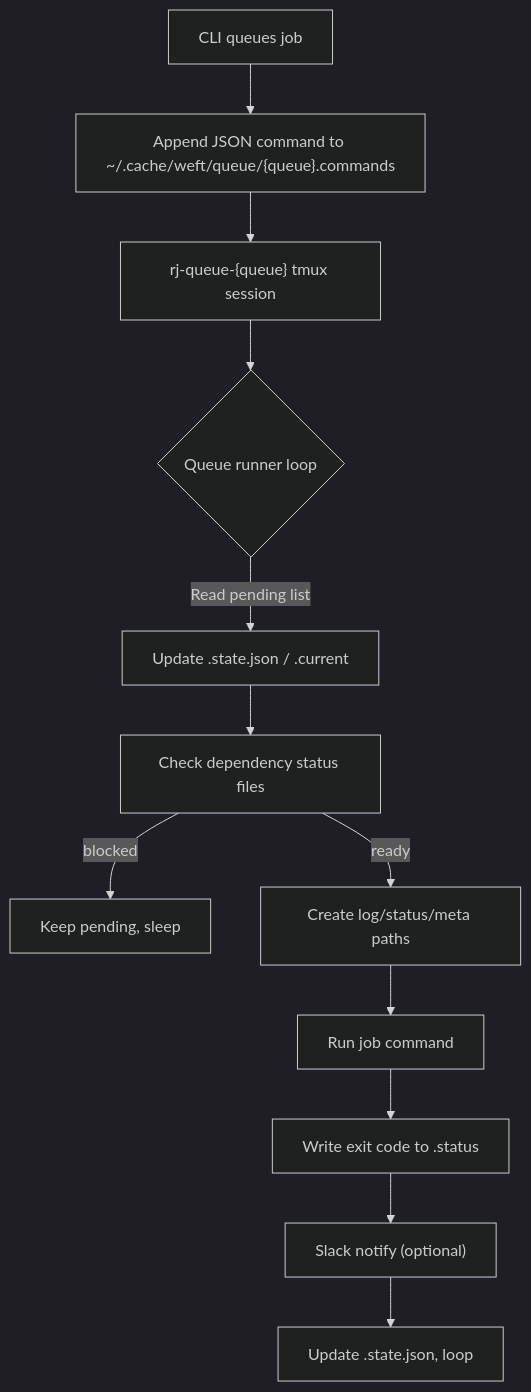
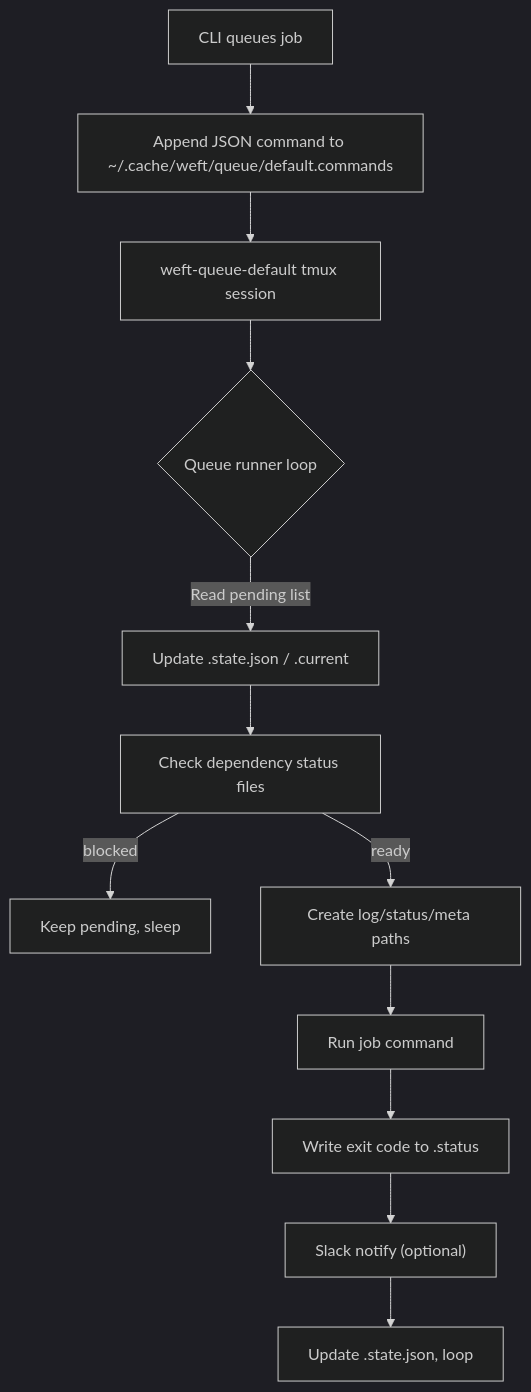
The second of 2 diagrams in docs/design/architecture.md (osteele/weft), drawn with Mermaid (dark theme) before and after one commit. The commit also changed other lines of this file and 30 other files, not shown here.

````diff
--- a/docs/design/architecture.md
+++ b/docs/design/architecture.md
@@ -526,14 +526,14 @@
 ```mermaid
 flowchart TD
-    A[CLI queues job] --> B["Append JSON command to ~/.cache/weft/queue/{queue}.commands"]
-    B --> C["rj-queue-{queue} tmux session"]
+    A[CLI queues job] --> B["Append JSON command to ~/.cache/weft/queue/default.commands"]
+    B --> C["weft-queue-default tmux session"]
     C --> D{Queue runner loop}
     D -->|Read pending list| E[Update .state.json / .current]
     E --> F[Check dependency status files]
     F -->|blocked| G[Keep pending, sleep]
     F -->|ready| H[Create log/status/meta paths]
     H --> I[Run job command]
     I --> J[Write exit code to .status]
     J --> K["Slack notify (optional)"]
     K --> L[Update .state.json, loop]
 ```
````
